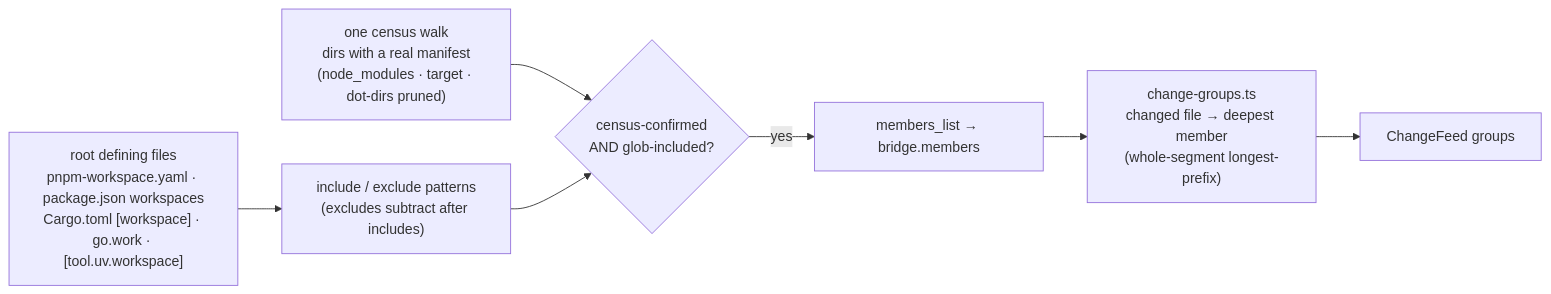
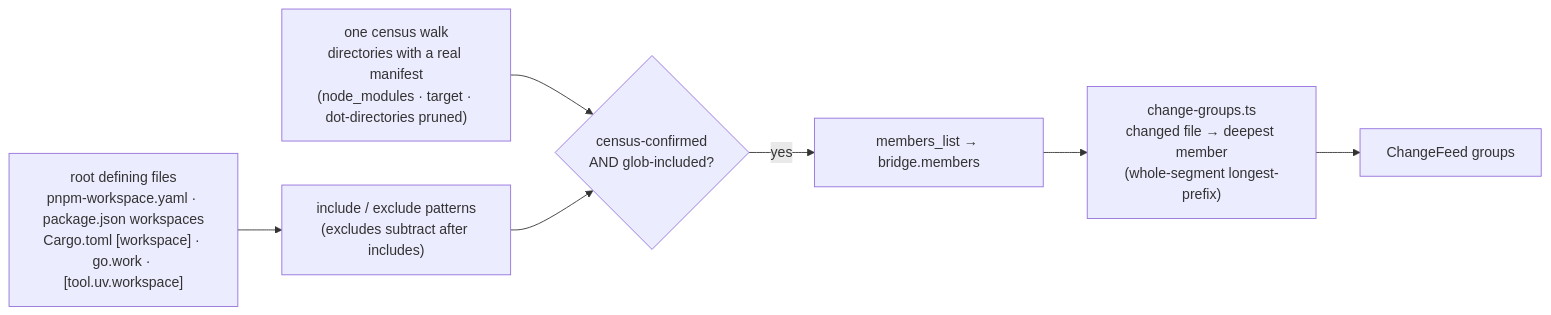
Before and after one commit to avi12/pade: the sixth of 7 diagrams in ARCHITECTURE.md, drawn with Mermaid. The commit also changed other lines of this file and 15 other files, not shown here.

````diff
--- a/ARCHITECTURE.md
+++ b/ARCHITECTURE.md
@@ -244,9 +244,9 @@
 ```mermaid
 flowchart LR
   Defs["root defining files<br/>pnpm-workspace.yaml · package.json workspaces<br/>Cargo.toml [workspace] · go.work · [tool.uv.workspace]"] --> Globs["include / exclude patterns<br/>(excludes subtract after includes)"]
-  Walk["one census walk<br/>dirs with a real manifest<br/>(node_modules · target · dot-dirs pruned)"] --> Confirm{"census-confirmed<br/>AND glob-included?"}
+  Walk["one census walk<br/>directories with a real manifest<br/>(node_modules · target · dot-directories pruned)"] --> Confirm{"census-confirmed<br/>AND glob-included?"}
   Globs --> Confirm
   Confirm -->|yes| Members["members_list → bridge.members"]
   Members --> Assign["change-groups.ts<br/>changed file → deepest member<br/>(whole-segment longest-prefix)"]
   Assign --> Feed["ChangeFeed groups"]
 ```
````
